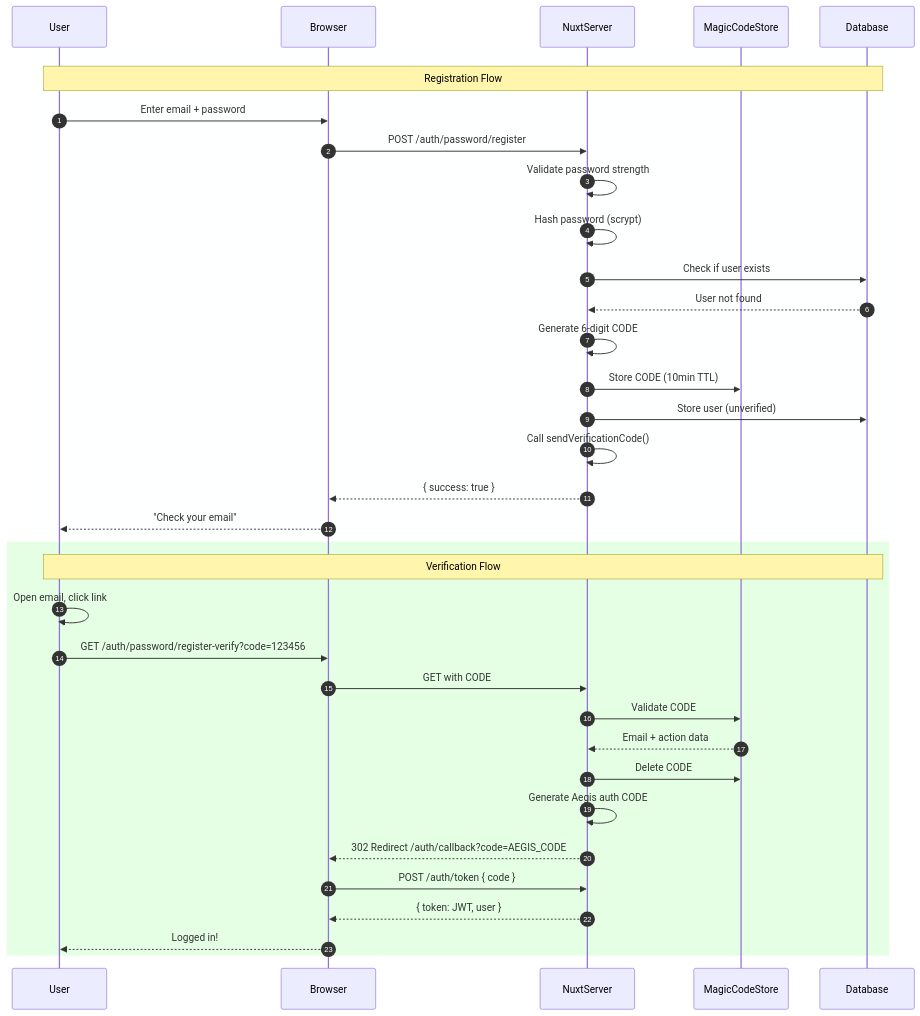
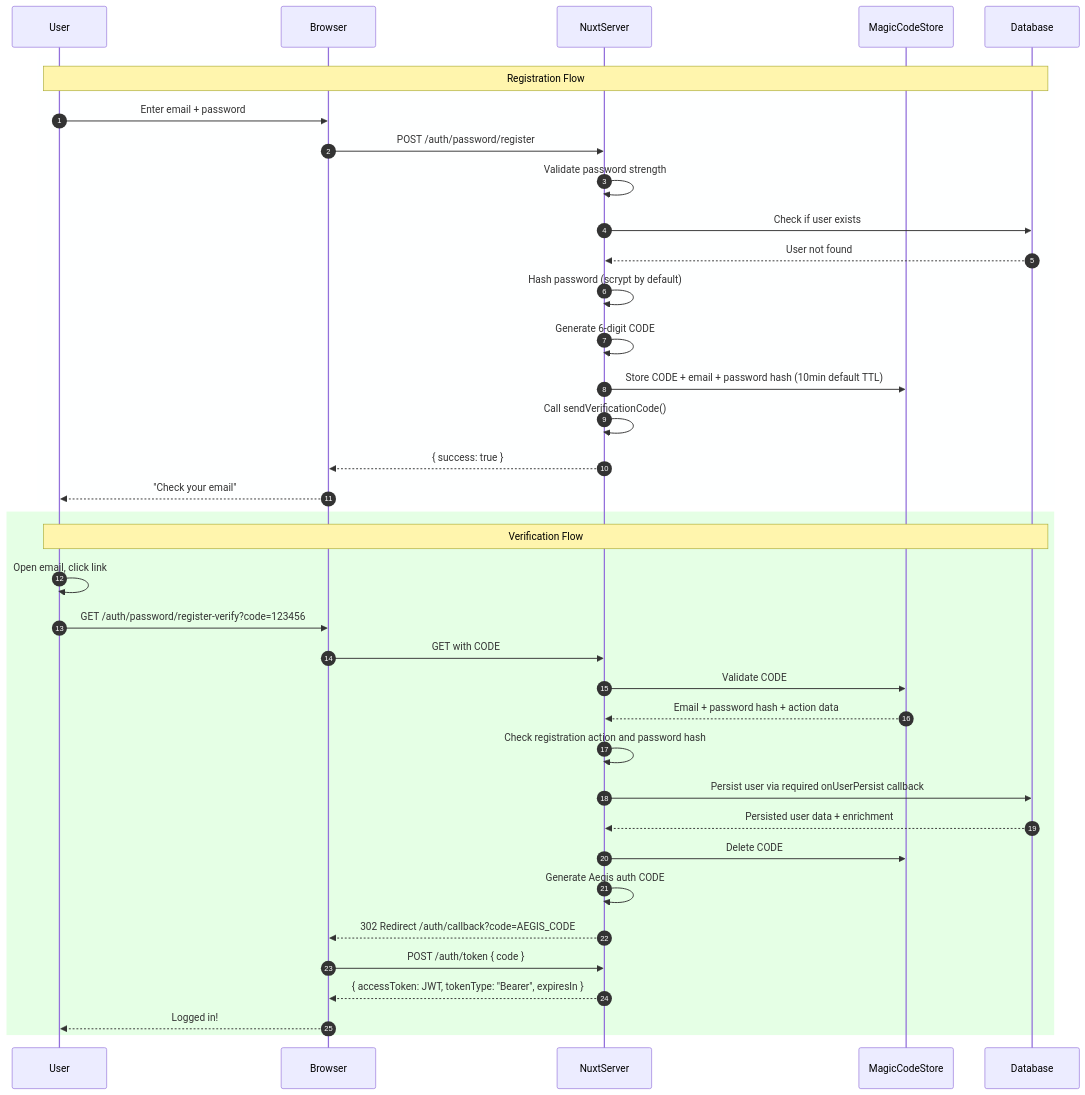
The second of 3 diagrams in docs/architecture/authentication-flow.md (peterbud/nuxt-aegis), drawn with Mermaid before and after one commit. The commit also changed other lines of this file and 4 other files, not shown here.

Commit message:
docs: refactor and review all architecture docs

````diff
--- a/docs/architecture/authentication-flow.md
+++ b/docs/architecture/authentication-flow.md
@@ -354,40 +245,42 @@
 ```mermaid
 sequenceDiagram
     autonumber
     participant User
     participant Browser
     participant NuxtServer
     participant MagicCodeStore
     participant Database
 
     rect rgb(240, 248, 255, 0.1)
         Note over User,Database: Registration Flow
         User->>Browser: Enter email + password
         Browser->>NuxtServer: POST /auth/password/register
         NuxtServer->>NuxtServer: Validate password strength
-        NuxtServer->>NuxtServer: Hash password (scrypt)
         NuxtServer->>Database: Check if user exists
         Database-->>NuxtServer: User not found
+        NuxtServer->>NuxtServer: Hash password (scrypt by default)
         NuxtServer->>NuxtServer: Generate 6-digit CODE
-        NuxtServer->>MagicCodeStore: Store CODE (10min TTL)
-        NuxtServer->>Database: Store user (unverified)
+        NuxtServer->>MagicCodeStore: Store CODE + email + password hash (10min default TTL)
         NuxtServer->>NuxtServer: Call sendVerificationCode()
         NuxtServer-->>Browser: { success: true }
         Browser-->>User: "Check your email"
     end
 
     rect rgb(0, 255, 0, 0.1)
         Note over User,Database: Verification Flow
         User->>User: Open email, click link
         User->>Browser: GET /auth/password/register-verify?code=123456
         Browser->>NuxtServer: GET with CODE
         NuxtServer->>MagicCodeStore: Validate CODE
-        MagicCodeStore-->>NuxtServer: Email + action data
+        MagicCodeStore-->>NuxtServer: Email + password hash + action data
+        NuxtServer->>NuxtServer: Check registration action and password hash
+        NuxtServer->>Database: Persist user via required onUserPersist callback
+        Database-->>NuxtServer: Persisted user data + enrichment
         NuxtServer->>MagicCodeStore: Delete CODE
         NuxtServer->>NuxtServer: Generate Aegis auth CODE
         NuxtServer-->>Browser: 302 Redirect /auth/callback?code=AEGIS_CODE
         Browser->>NuxtServer: POST /auth/token { code }
-        NuxtServer-->>Browser: { token: JWT, user }
+        NuxtServer-->>Browser: { accessToken: JWT, tokenType: "Bearer", expiresIn }
         Browser-->>User: Logged in!
     end
 ```
````
